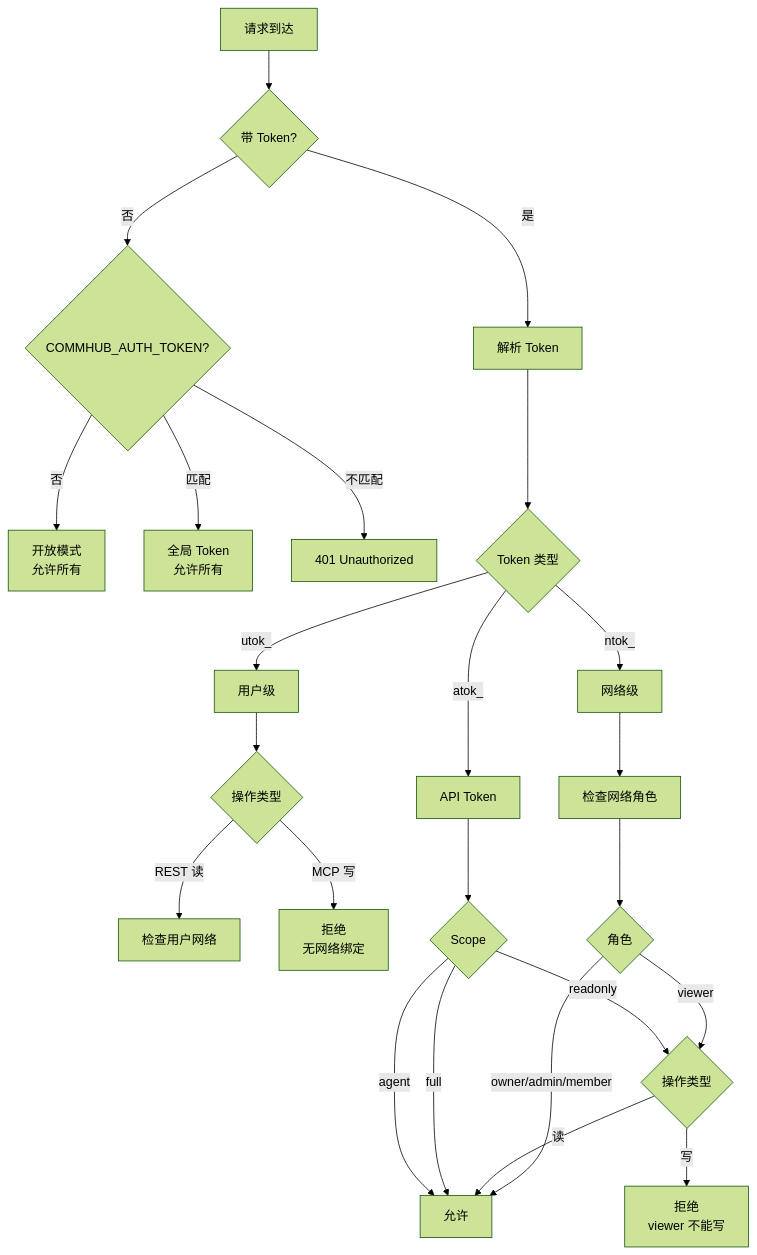
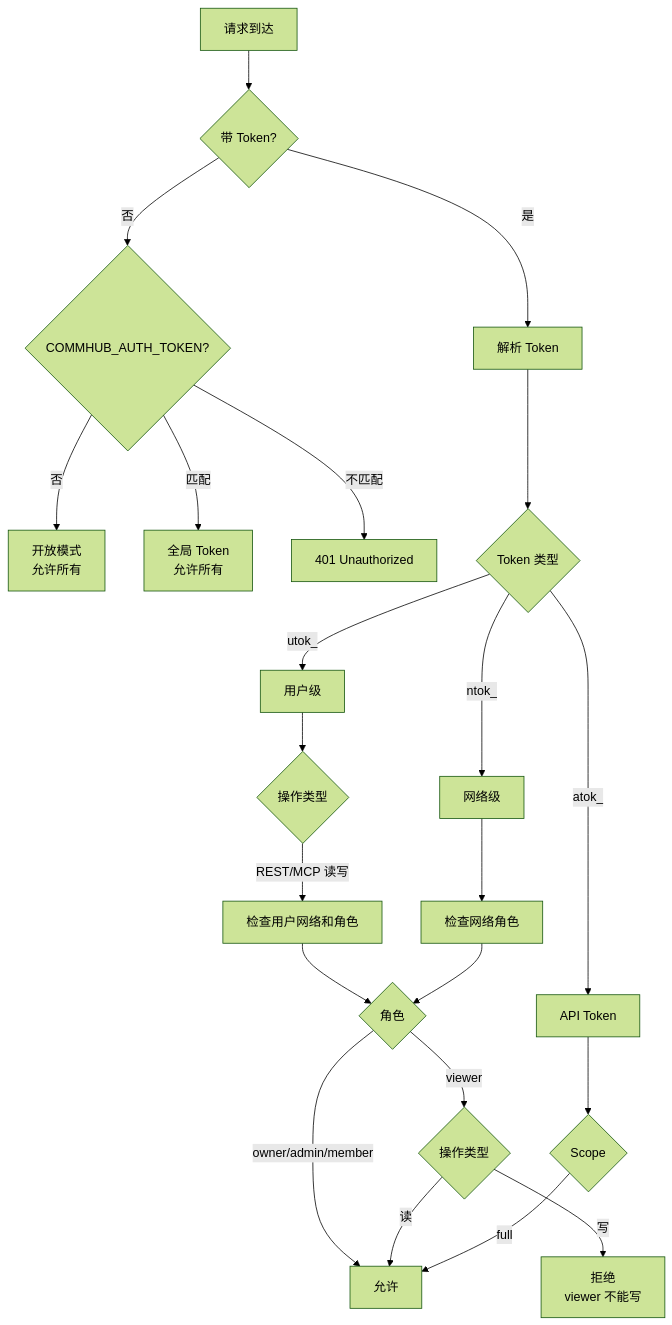
Before and after one commit to sleep2agi/agent-network: the diagram in docs-site/docs/concepts/tokens.md, drawn with Mermaid (forest theme). The commit also changed other lines of this file and 70 other files, not shown here.

````diff
--- a/docs-site/docs/concepts/tokens.md
+++ b/docs-site/docs/concepts/tokens.md
@@ -150,30 +143,28 @@
 ```mermaid
 flowchart TD
     REQ[请求到达] --> CHECK{带 Token?}
     CHECK -->|否| LEGACY{COMMHUB_AUTH_TOKEN?}
     LEGACY -->|否| OPEN[开放模式<br/>允许所有]
     LEGACY -->|匹配| GLOBAL[全局 Token<br/>允许所有]
     LEGACY -->|不匹配| DENY1[401 Unauthorized]
 
     CHECK -->|是| RESOLVE[解析 Token]
     RESOLVE --> TYPE{Token 类型}
 
     TYPE -->|utok_| UTOK[用户级]
     UTOK --> UTOK_OP{操作类型}
-    UTOK_OP -->|REST 读| SCOPE_CHECK[检查用户网络]
-    UTOK_OP -->|MCP 写| DENY2[拒绝<br/>无网络绑定]
+    UTOK_OP -->|REST/MCP 读写| SCOPE_CHECK[检查用户网络和角色]
+    SCOPE_CHECK --> ROLE
 
     TYPE -->|ntok_| NTOK[网络级]
     NTOK --> NET_ROLE[检查网络角色]
     NET_ROLE --> ROLE{角色}
     ROLE -->|owner/admin/member| ALLOW[允许]
     ROLE -->|viewer| VIEW_OP{操作类型}
     VIEW_OP -->|读| ALLOW
     VIEW_OP -->|写| DENY3[拒绝<br/>viewer 不能写]
 
     TYPE -->|atok_| ATOK[API Token]
     ATOK --> ATOK_SCOPE{Scope}
     ATOK_SCOPE -->|full| ALLOW
-    ATOK_SCOPE -->|agent| ALLOW
-    ATOK_SCOPE -->|readonly| VIEW_OP
 ```
````
